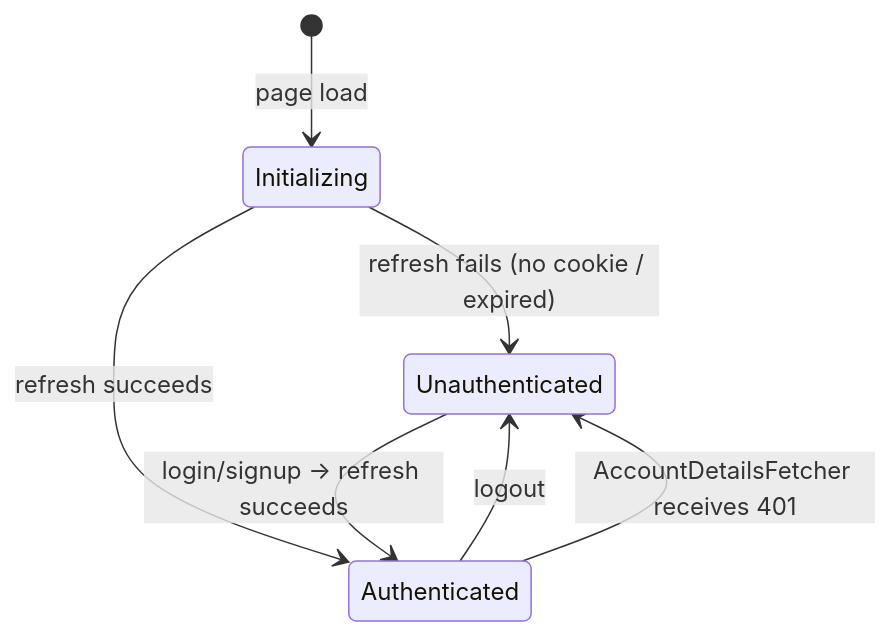
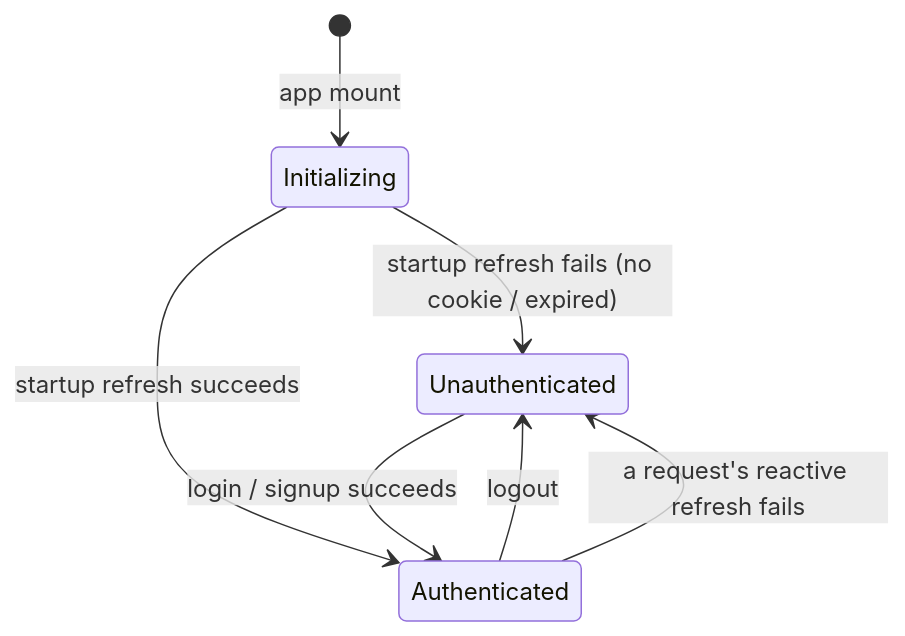
The fifth of 5 diagrams in web/doc/authentication.md (floels/pinit), drawn with Mermaid before and after one commit. The commit also changed other lines of this file and 5 other files, not shown here.

````diff
--- a/web/doc/authentication.md
+++ b/web/doc/authentication.md
@@ -122,11 +158,11 @@
 ```mermaid
 stateDiagram-v2
-    [*] --> Initializing: page load
+    [*] --> Initializing: app mount
 
-    Initializing --> Unauthenticated: refresh fails (no cookie / expired)
-    Initializing --> Authenticated: refresh succeeds
+    Initializing --> Unauthenticated: startup refresh fails (no cookie / expired)
+    Initializing --> Authenticated: startup refresh succeeds
 
-    Unauthenticated --> Authenticated: login/signup → refresh succeeds
+    Unauthenticated --> Authenticated: login / signup succeeds
     Authenticated --> Unauthenticated: logout
-    Authenticated --> Unauthenticated: AccountDetailsFetcher receives 401
+    Authenticated --> Unauthenticated: a request's reactive refresh fails
 ```
````
